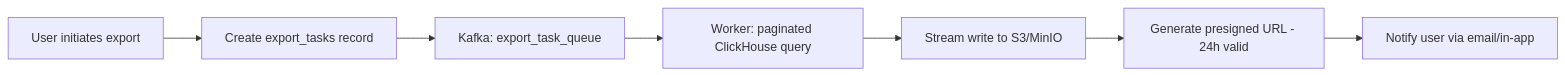
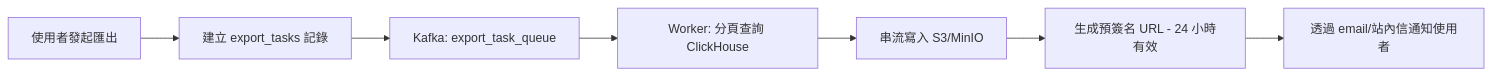
Before and after one commit to ron03wlb/smart-admin: the third of 3 diagrams in docs/iGaming/architecture/08_Analytics_Service/Reporting_Architecture.md, drawn with Mermaid. The commit also changed other lines of this file and 4 other files, not shown here.

````diff
--- a/docs/iGaming/architecture/08_Analytics_Service/Reporting_Architecture.md
+++ b/docs/iGaming/architecture/08_Analytics_Service/Reporting_Architecture.md
@@ -271,9 +271,9 @@
 ```mermaid
 flowchart LR
-    A[User initiates export] --> B[Create export_tasks record]
+    A[使用者發起匯出] --> B[建立 export_tasks 記錄]
     B --> C[Kafka: export_task_queue]
-    C --> D[Worker: paginated ClickHouse query]
-    D --> E[Stream write to S3/MinIO]
-    E --> F[Generate presigned URL - 24h valid]
-    F --> G[Notify user via email/in-app]
+    C --> D[Worker: 分頁查詢 ClickHouse]
+    D --> E[串流寫入 S3/MinIO]
+    E --> F[生成預簽名 URL - 24 小時有效]
+    F --> G[透過 email/站內信通知使用者]
 ```
````
